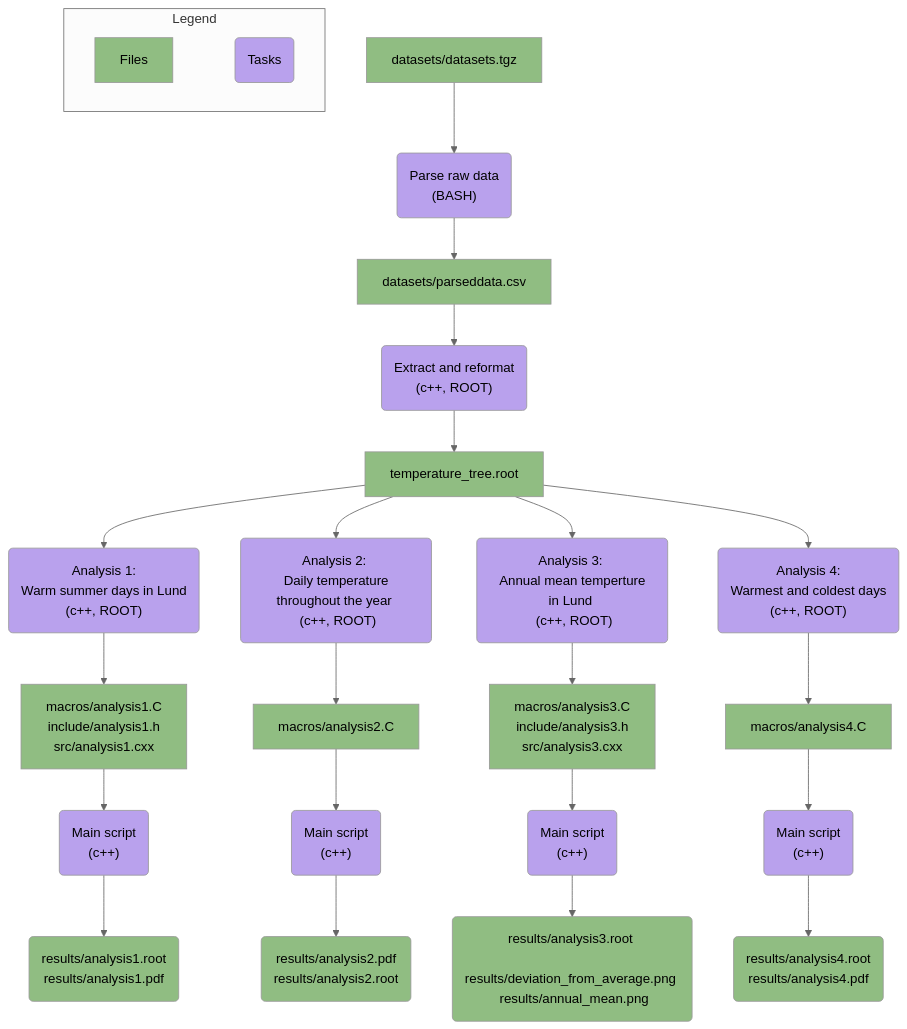
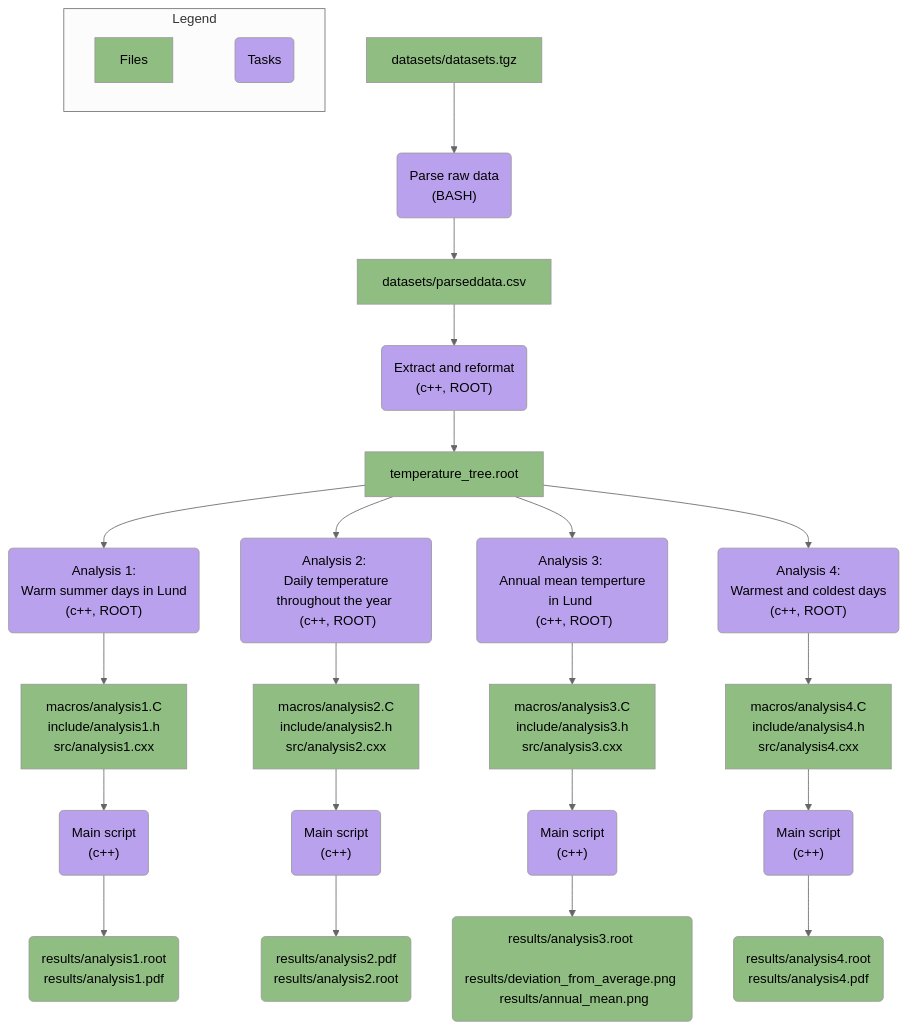
The diagram in Workplan.md (jo6312jo-s-byte/MNXB11-Project), drawn with Mermaid before and after one commit.

````diff
--- a/Workplan.md
+++ b/Workplan.md
@@ -9,49 +9,49 @@
 ```mermaid
 %%{init: { 'theme':'neutral', 'fontSize': '11px'} }%%
 flowchart TD
     %% This will be the same for all analyses
     A["datasets/datasets.tgz"] --> B("Parse raw data <br> (BASH)")
     B --> C["datasets/parseddata.csv"]
     C --> D("Extract and reformat <br> (c++, ROOT)")
     D --> E["temperature_tree.root"]
 
     %% The seperate analyses
     E --> G("Analysis 1: <br> Warm summer days in Lund <br> (c++, ROOT)")
     E --> H("Analysis 2: <br> Daily temperature throughout the year <br> (c++, ROOT)")
     E --> I("Analysis 3: <br> Annual mean temperture in Lund <br> (c++, ROOT)")
     E --> J("Analysis 4: <br> Warmest and coldest days <br> (c++, ROOT)")
 
     %% Analysis 1 workflow
     G --> G1["macros/analysis1.C <br> include/analysis1.h <br> src/analysis1.cxx"]
     G1 --> G2("Main script <br> (c++)")
     G2 --> G3("results/analysis1.root <br> results/analysis1.pdf")
 
     %% Analysis 2 workflow
-    H --> H1["macros/analysis2.C"]
+    H --> H1["macros/analysis2.C <br> include/analysis2.h <br> src/analysis2.cxx"]
     H1 --> H2("Main script <br> (c++)")
     H2 --> H3("results/analysis2.pdf <br> results/analysis2.root")
 
     %% Analysis 3 workflow
     I --> I1["macros/analysis3.C <br> include/analysis3.h <br> src/analysis3.cxx"]
     I1 --> I2("Main script <br> (c++)")
     I2 --> I3("results/analysis3.root <br> results/deviation_from_average.png <br> results/annual_mean.png")
 
     %% Analysis 4 workflow
-    J --> J1["macros/analysis4.C"]
+    J --> J1["macros/analysis4.C <br> include/analysis4.h <br> src/analysis4.cxx"]
     J1 --> J2("Main script <br> (c++)")
     J2 --> J3("results/analysis4.root <br> results/analysis4.pdf")
 
     %% Legend 
     subgraph Legend ["Legend"]
         direction LR
         L1["Files"] ~~~ L2("Tasks")
     end
 
     %% Seperate Files and Tasks into different classes
     %% with different colors
     classDef Files fill:#90bd82;
     classDef Tasks fill:#b9a1ed;
 
     class L1,A,C,E,G1,G3,H1,H3,I1,I3,J1,J3 Files;
     class L2,B,D,G,H,I,J,F,F2,G2,H2,I2,J2 Tasks;
 ```
````
